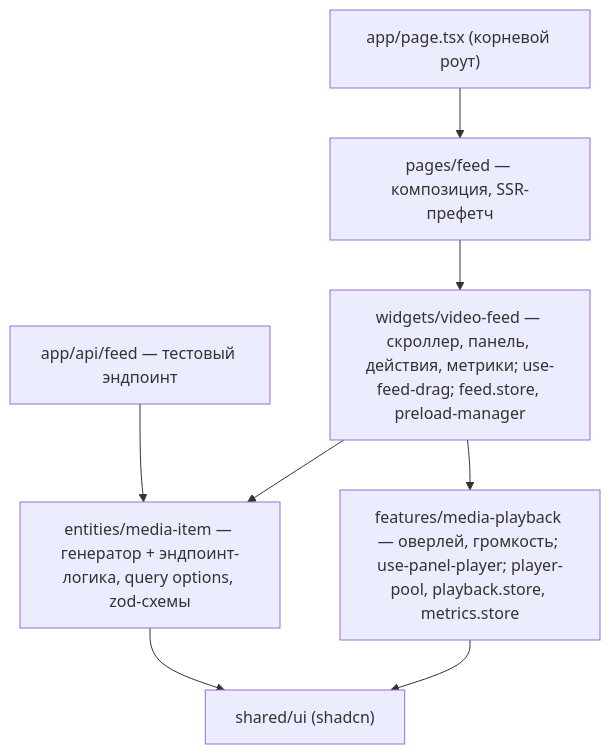
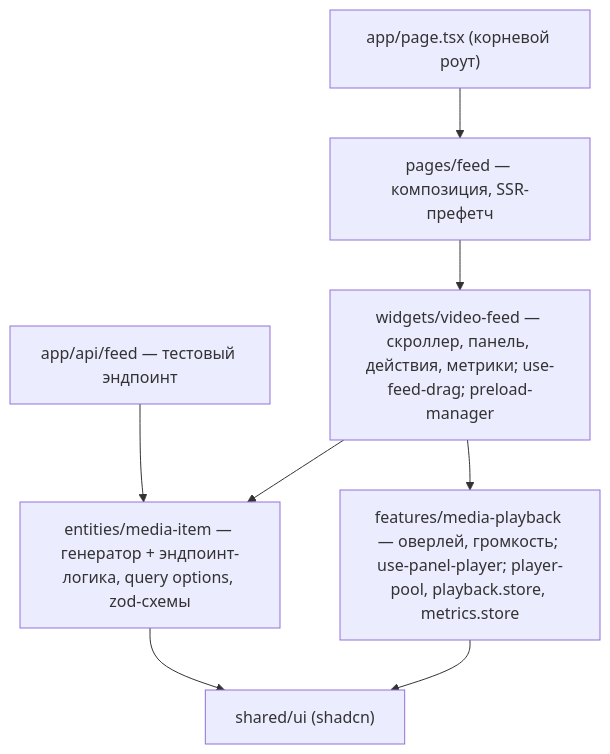
One commit to DealUnloker/tiktok-demo changed the first of 2 diagrams in docs/PLAN.md. Above: the diagram before and after it, drawn with Mermaid. The commit also changed other lines of this file and 29 other files, not shown here.

````diff
--- a/docs/PLAN.md
+++ b/docs/PLAN.md
@@ -178,10 +179,10 @@
 ```mermaid
 flowchart TD
     R["app/page.tsx (корневой роут)"] --> PG["pages/feed — композиция, SSR-префетч"]
     API["app/api/feed — тестовый эндпоинт"] --> E
-    PG --> W["widgets/video-feed — скроллер, панель, действия, метрики; use-feed-drag; feed.store, preload-manager"]
+    PG --> W["widgets/video-feed — скроллер, панель, действия, метрики; use-feed-drag; preload-manager"]
     W --> F["features/media-playback — оверлей, громкость; use-panel-player; player-pool, playback.store, metrics.store"]
     W --> E["entities/media-item — генератор + эндпоинт-логика, query options, zod-схемы"]
     F --> SH["shared/ui (shadcn)"]
     E --> SH
 ```
````
